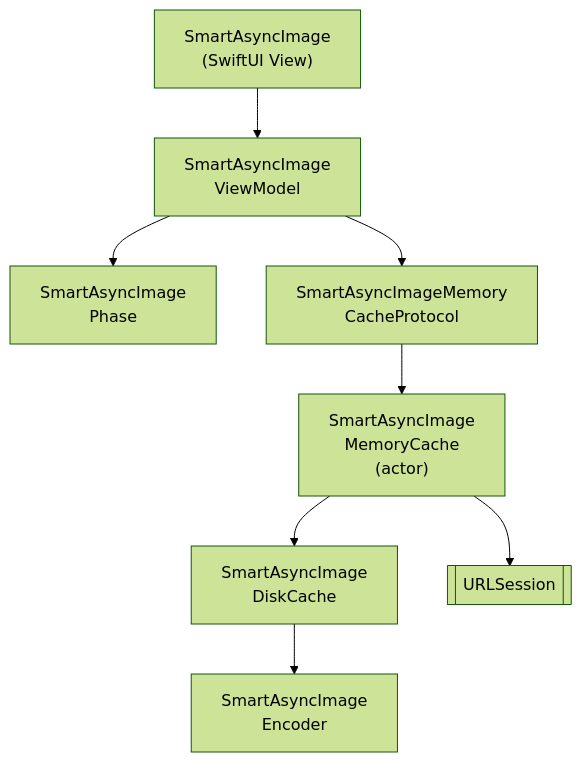
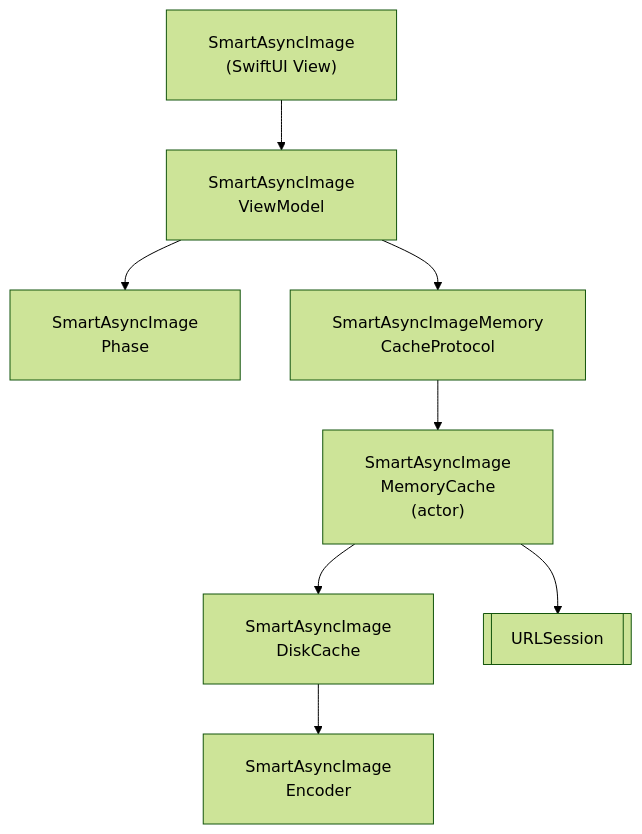
One commit to gentle-giraffe-apps/SmartAsyncImage changed the diagram in README.md. Above: the diagram before and after it, drawn with Mermaid (forest theme).

Commit message:
doc: fix mermaid diagram spacing in readme

````diff
--- a/README.md
+++ b/README.md
@@ -86,10 +86,10 @@
 ```mermaid
 flowchart TD
-    SAI["SmartAsyncImage<br/>(SwiftUI View)"] --> VM["SmartAsyncImage<br/>ViewModel"]
-    VM --> Phase["SmartAsyncImage<br/>Phase"]
-    VM --> MemProto["SmartAsyncImageMemory<br/>CacheProtocol"]
-    MemProto --> Mem["SmartAsyncImage<br/>MemoryCache<br/>(actor)"]
-    Mem --> Disk["SmartAsyncImage<br/>DiskCache"]
-    Disk --> Encoder["SmartAsyncImage<br/>Encoder"]
-    Mem --> URLSession[["URLSession"]]
+    SAI["<div style='padding:6px 12px; white-space:nowrap;'>SmartAsyncImage<br/>(SwiftUI View)</div>"] --> VM["<div style='padding:6px 12px; white-space:nowrap;'>SmartAsyncImage<br/>ViewModel</div>"]
+    VM --> Phase["<div style='padding:6px 12px; white-space:nowrap;'>SmartAsyncImage<br/>Phase</div>"]
+    VM --> MemProto["<div style='padding:6px 12px; white-space:nowrap;'>SmartAsyncImageMemory<br/>CacheProtocol</div>"]
+    MemProto --> Mem["<div style='padding:6px 12px; white-space:nowrap;'>SmartAsyncImage<br/>MemoryCache<br/>(actor)</div>"]
+    Mem --> Disk["<div style='padding:6px 12px; white-space:nowrap;'>SmartAsyncImage<br/>DiskCache</div>"]
+    Disk --> Encoder["<div style='padding:6px 12px; white-space:nowrap;'>SmartAsyncImage<br/>Encoder</div>"]
+    Mem --> URLSession[["<div style='padding:6px 12px; white-space:nowrap;'>URLSession</div>"]]
 ```
````
